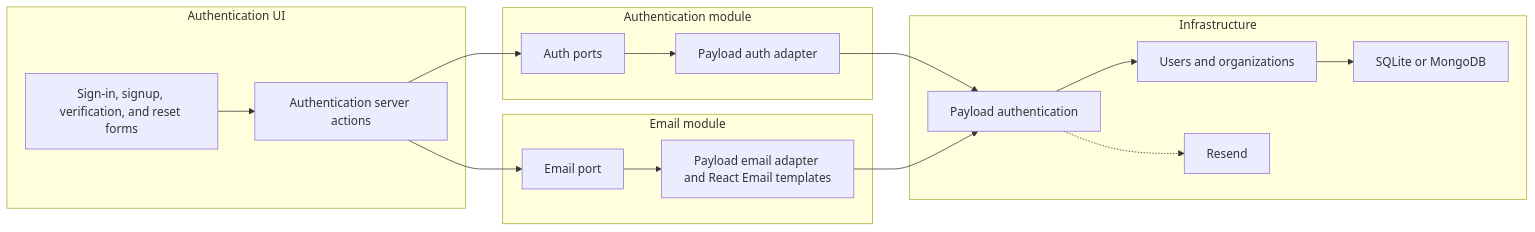
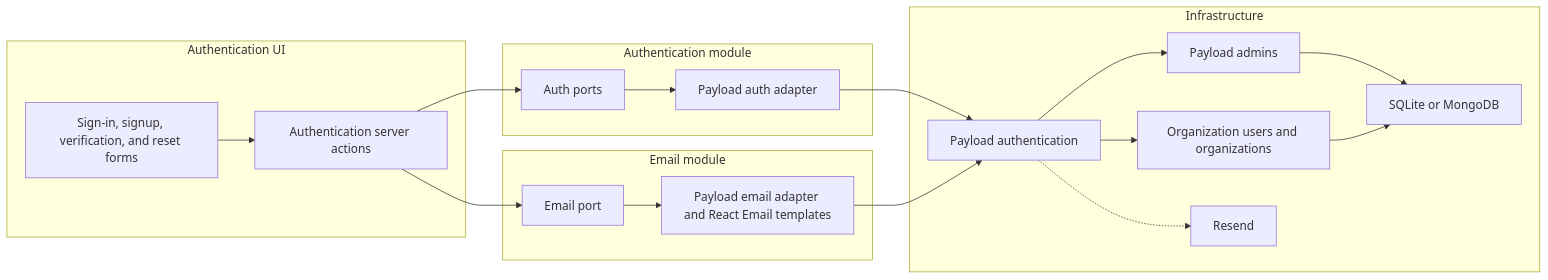
One commit to MubassirSapa/WayFinder changed the sixth of 6 diagrams in docs/technical/APPLICATION_ARCHITECTURE.md. Above: the diagram before and after it, drawn with Mermaid. The commit also changed other lines of this file and 18 other files, not shown here.

````diff
--- a/docs/technical/APPLICATION_ARCHITECTURE.md
+++ b/docs/technical/APPLICATION_ARCHITECTURE.md
@@ -497,35 +497,38 @@
 ```mermaid
 flowchart LR
     subgraph authUi ["Authentication UI"]
         forms["Sign-in, signup, verification, and reset forms"]
         authActions["Authentication server actions"]
     end
 
     subgraph authModule ["Authentication module"]
         authPorts["Auth ports"]
         authAdapter["Payload auth adapter"]
     end
 
     subgraph emailModule ["Email module"]
         emailPort["Email port"]
         emailAdapter["Payload email adapter and React Email templates"]
     end
 
     subgraph authInfrastructure ["Infrastructure"]
         payloadAuth["Payload authentication"]
-        userCollections["Users and organizations"]
+        adminCollection["Payload admins"]
+        userCollections["Organization users and organizations"]
         authDb["SQLite or MongoDB"]
         emailProvider["Resend"]
     end
 
     forms --> authActions
     authActions --> authPorts
     authPorts --> authAdapter
     authAdapter --> payloadAuth
+    payloadAuth --> adminCollection
     payloadAuth --> userCollections
+    adminCollection --> authDb
     userCollections --> authDb
     authActions --> emailPort
     emailPort --> emailAdapter
     emailAdapter --> payloadAuth
     payloadAuth -.-> emailProvider
 ```
````
